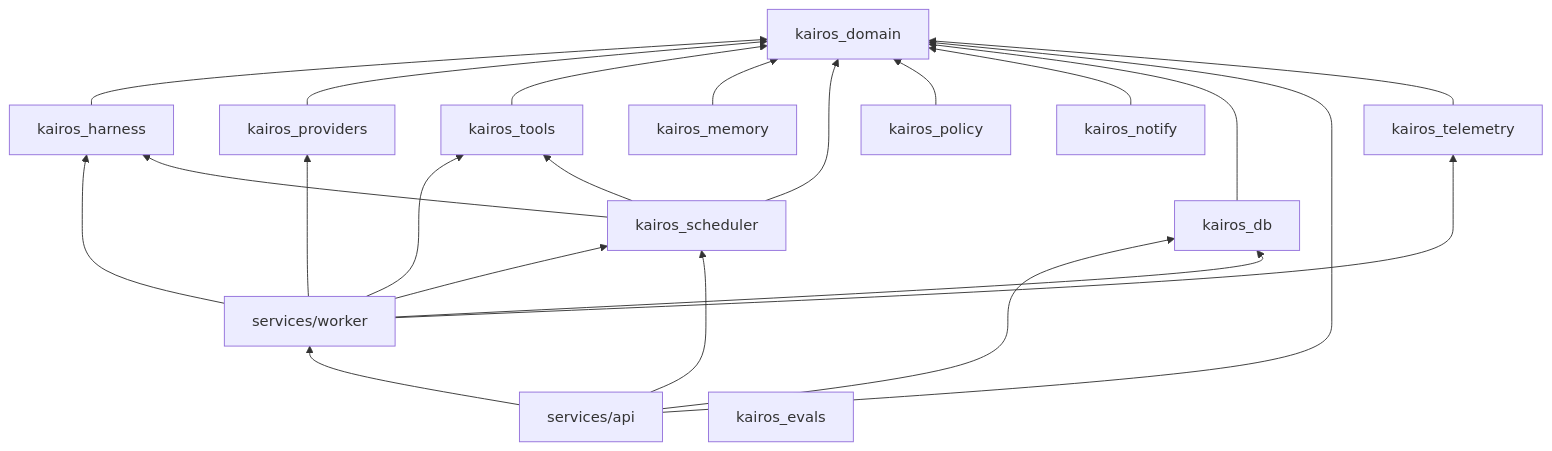
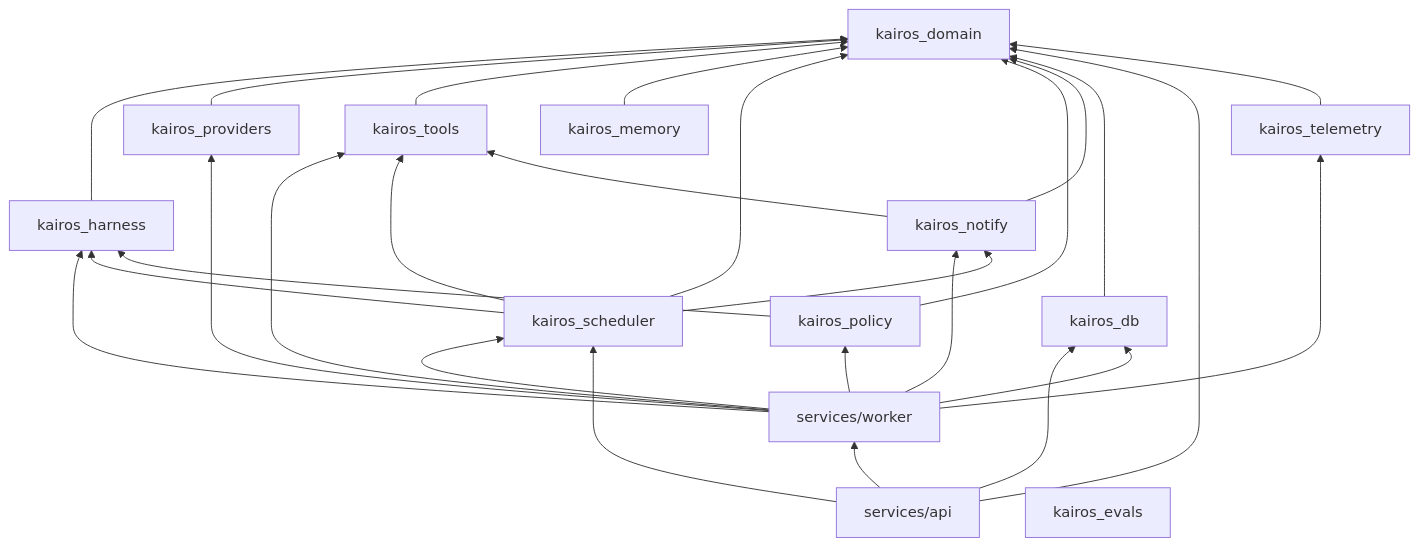
Before and after one commit to varunramakanth/kairos: the second of 3 diagrams in docs/architecture.md, drawn with Mermaid. The commit also changed other lines of this file and 5 other files, not shown here.

````diff
--- a/docs/architecture.md
+++ b/docs/architecture.md
@@ -31,26 +31,31 @@
 ```mermaid
 flowchart BT
   domain[kairos_domain]
   harness[kairos_harness] --> domain
   providers[kairos_providers] --> domain
   tools[kairos_tools] --> domain
   memory[kairos_memory] --> domain
   scheduler[kairos_scheduler] --> domain
   policy[kairos_policy] --> domain
   notify[kairos_notify] --> domain
   db[kairos_db] --> domain
   api[services/api] --> domain
   api --> db
   api --> worker
   worker[services/worker] --> harness
   worker --> providers
   worker --> tools
   worker --> db
   worker --> telemetry
   worker --> scheduler
   scheduler --> harness
   scheduler --> tools
   api --> scheduler
+  worker --> policy
+  worker --> notify
+  scheduler --> notify
+  policy --> harness
+  notify --> tools
   telemetry[kairos_telemetry] --> domain
   evals[kairos_evals]
 ```
````
